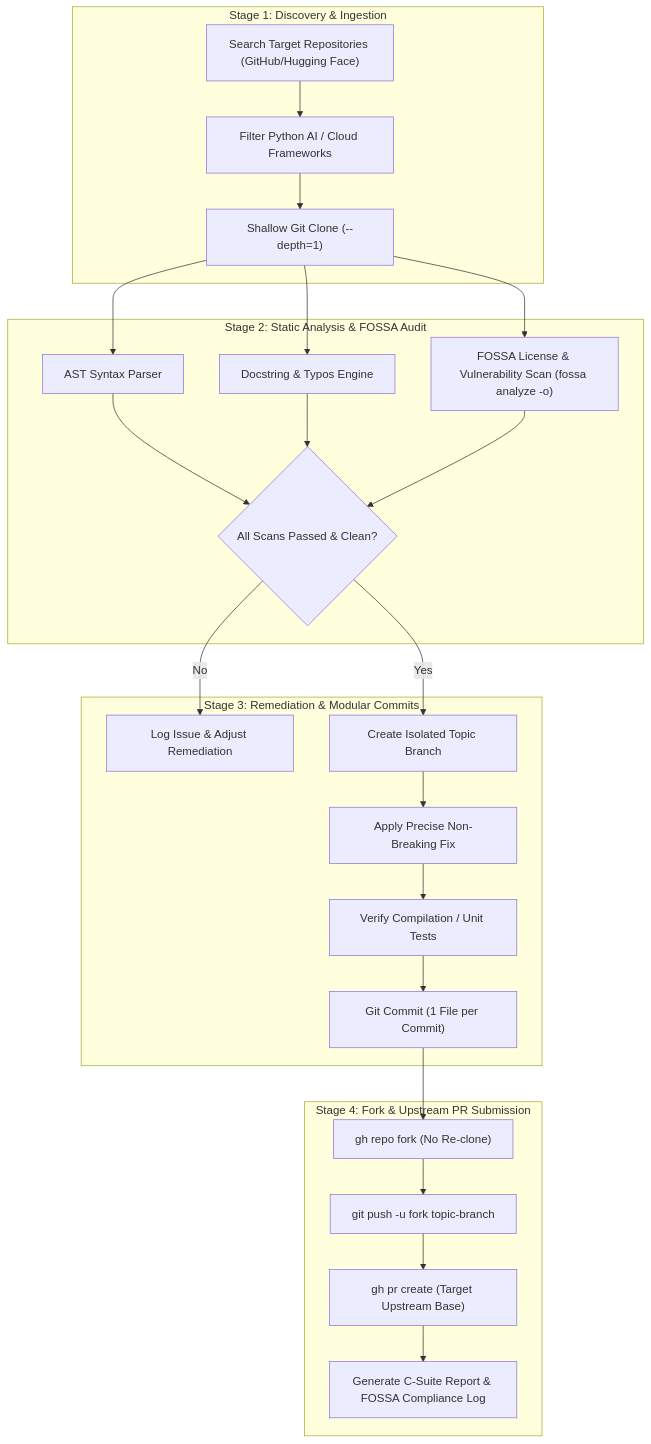
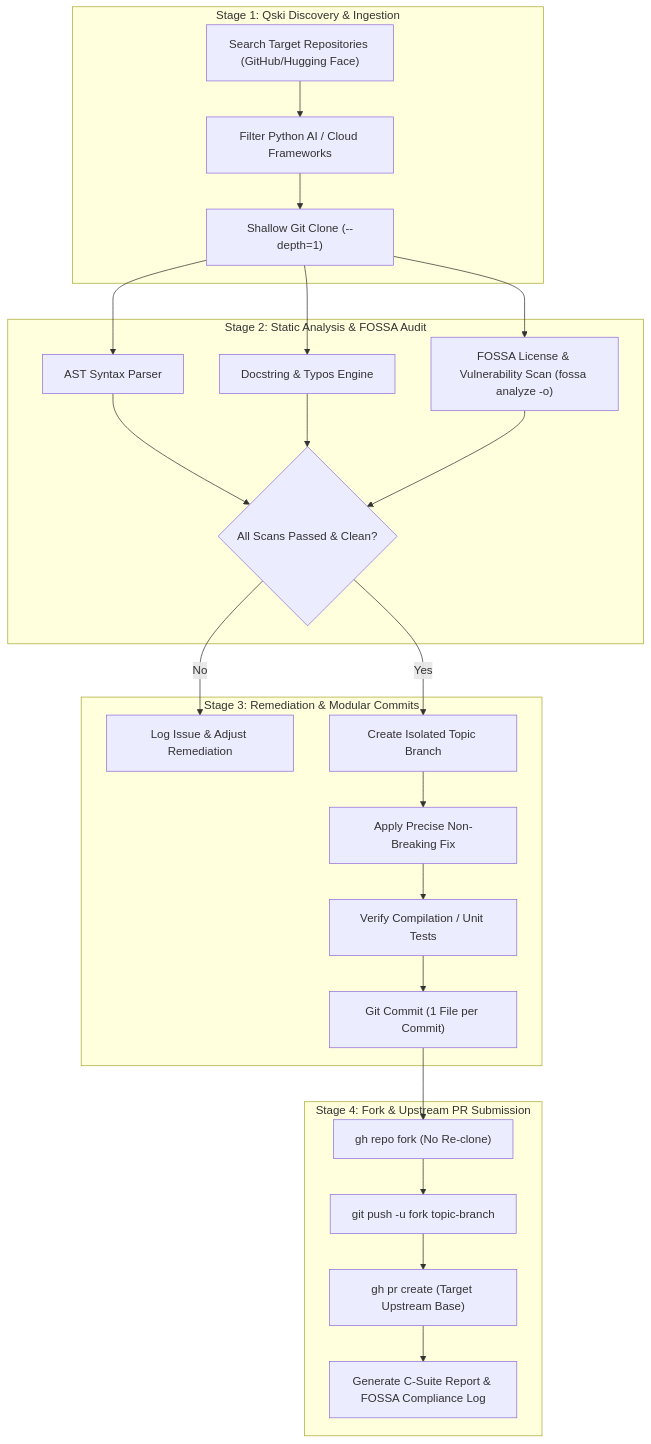
Before and after one commit to samuelQUANSAH/daily-open-source-contributions: the second of 2 diagrams in README.md, drawn with Mermaid. The commit also changed other lines of this file and 2 other files, not shown here.

Commit message:
docs(qski): auto-update daily contribution reports for 2026-09-22

````diff
--- a/README.md
+++ b/README.md
@@ -102,29 +102,29 @@
 ```mermaid
 flowchart TB
-    subgraph STAGE1 ["Stage 1: Discovery & Ingestion"]
+    subgraph STAGE1 ["Stage 1: Qski Discovery & Ingestion"]
         A1["Search Target Repositories (GitHub/Hugging Face)"] --> A2["Filter Python AI / Cloud Frameworks"]
         A2 --> A3["Shallow Git Clone (--depth=1)"]
     end
 
     subgraph STAGE2 ["Stage 2: Static Analysis & FOSSA Audit"]
         A3 --> B1["AST Syntax Parser"]
         A3 --> B2["Docstring & Typos Engine"]
         A3 --> B3["FOSSA License & Vulnerability Scan (fossa analyze -o)"]
         B1 & B2 & B3 --> B4{"All Scans Passed & Clean?"}
     end
 
     subgraph STAGE3 ["Stage 3: Remediation & Modular Commits"]
         B4 -- No --> B5["Log Issue & Adjust Remediation"]
         B4 -- Yes --> C1["Create Isolated Topic Branch"]
         C1 --> C2["Apply Precise Non-Breaking Fix"]
         C2 --> C3["Verify Compilation / Unit Tests"]
         C3 --> C4["Git Commit (1 File per Commit)"]
     end
 
     subgraph STAGE4 ["Stage 4: Fork & Upstream PR Submission"]
         C4 --> D1["gh repo fork (No Re-clone)"]
         D1 --> D2["git push -u fork topic-branch"]
         D2 --> D3["gh pr create (Target Upstream Base)"]
         D3 --> D4["Generate C-Suite Report & FOSSA Compliance Log"]
     end
 ```
````
